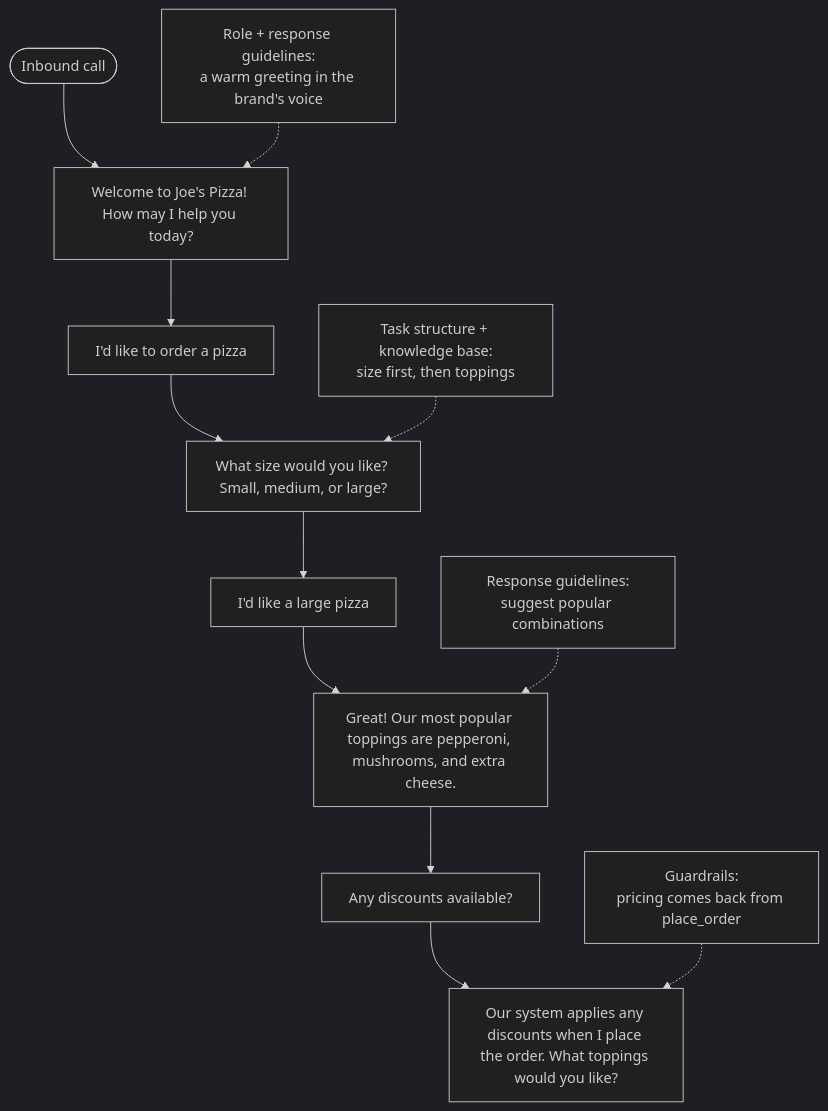
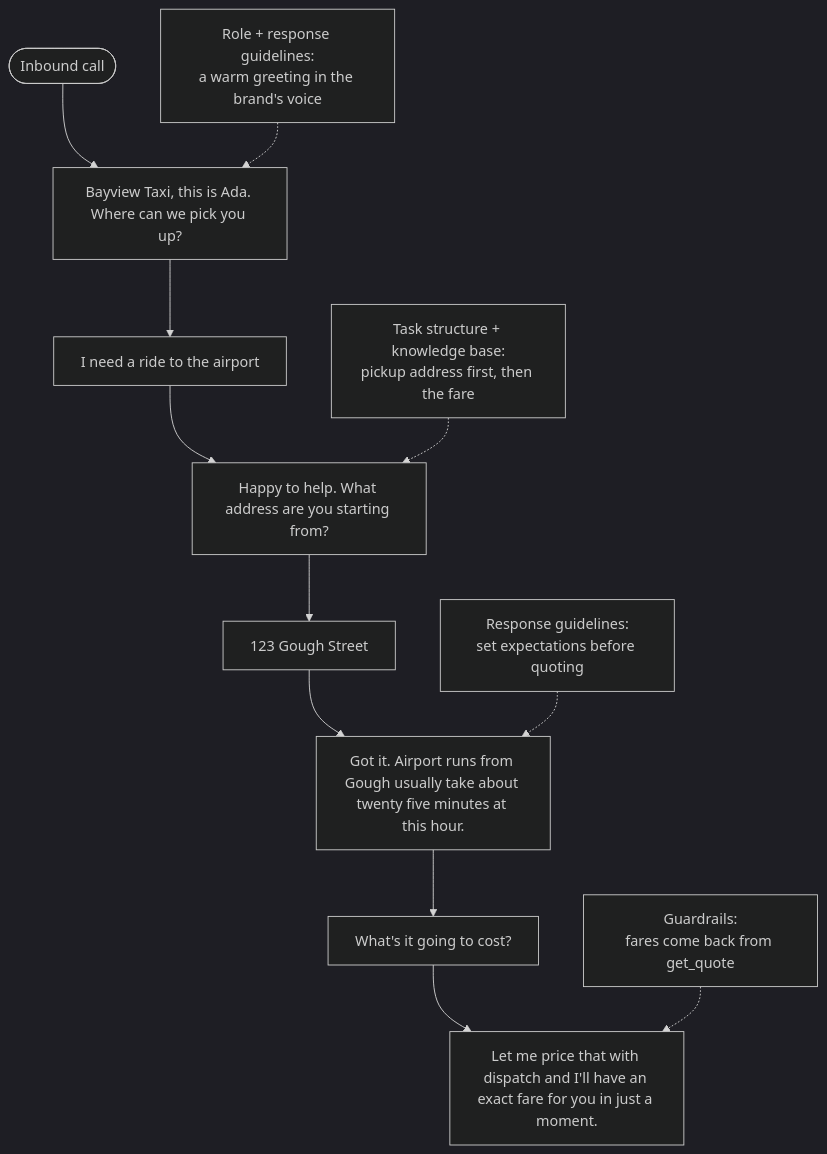
Before and after one commit to signalwire/docs: the diagram in fern/products/platform/pages/ai/guides/prompt-engineering/index.mdx, drawn with Mermaid (dark theme). The commit also changed other lines of this file and 8 other files, not shown here.

Commit message:
Refactor AI agent documentation for taxi dispatcher; enhance prompt engineering examples, clarify SWAIG function usage, and improve overall structure and readability.

````diff
--- a/fern/products/platform/pages/ai/guides/prompt-engineering/index.mdx
+++ b/fern/products/platform/pages/ai/guides/prompt-engineering/index.mdx
@@ -140,21 +137,21 @@
 ```mermaid
 flowchart TD
     Start([Inbound call])
-    Start --> R1["Welcome to Joe's Pizza! How may I help you today?"]
-    R1 --> Q1["I'd like to order a pizza"]
-    Q1 --> R2["What size would you like? Small, medium, or large?"]
-    R2 --> Q2["I'd like a large pizza"]
-    Q2 --> R3["Great! Our most popular toppings are pepperoni, mushrooms, and extra cheese."]
-    R3 --> Q3["Any discounts available?"]
-    Q3 --> R4["Our system applies any discounts when I place the order. What toppings would you like?"]
+    Start --> R1["Bayview Taxi, this is Ada. Where can we pick you up?"]
+    R1 --> Q1["I need a ride to the airport"]
+    Q1 --> R2["Happy to help. What address are you starting from?"]
+    R2 --> Q2["123 Gough Street"]
+    Q2 --> R3["Got it. Airport runs from Gough usually take about twenty five minutes at this hour."]
+    R3 --> Q3["What's it going to cost?"]
+    Q3 --> R4["Let me price that with dispatch and I'll have an exact fare for you in just a moment."]
 
     Note1["Role + response guidelines:<br/>a warm greeting in the brand's voice"]
-    Note2["Task structure + knowledge base:<br/>size first, then toppings"]
-    Note3["Response guidelines:<br/>suggest popular combinations"]
-    Note4["Guardrails:<br/>pricing comes back from place_order"]
+    Note2["Task structure + knowledge base:<br/>pickup address first, then the fare"]
+    Note3["Response guidelines:<br/>set expectations before quoting"]
+    Note4["Guardrails:<br/>fares come back from get_quote"]
 
     Note1 -.-> R1
     Note2 -.-> R2
     Note3 -.-> R3
     Note4 -.-> R4
 ```
````
